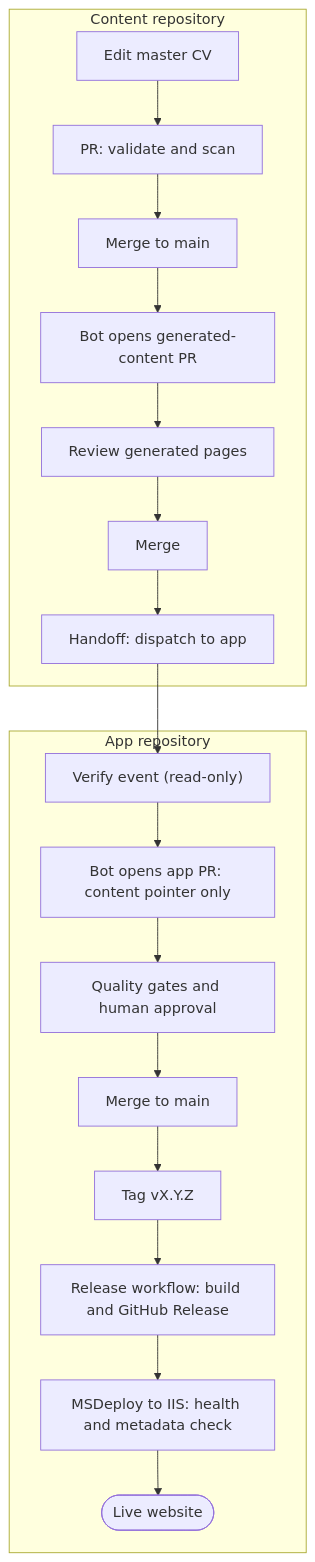
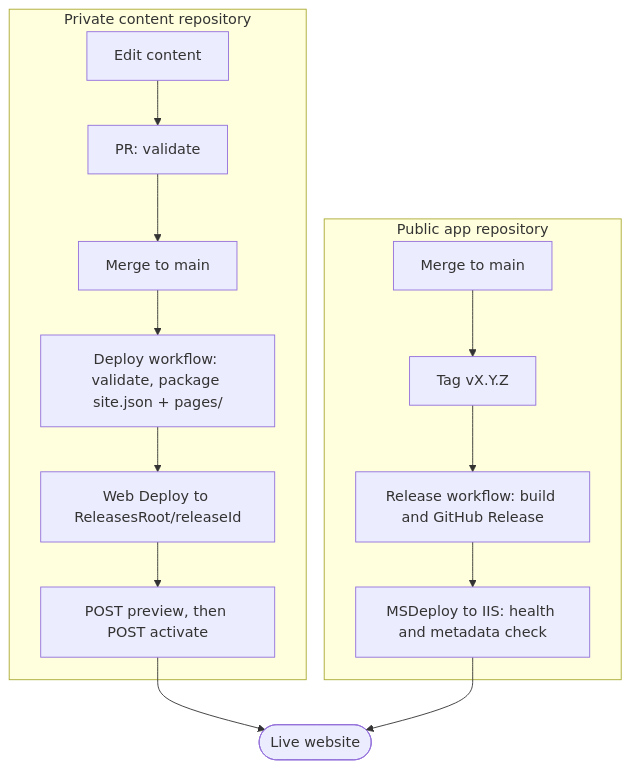
Before and after one commit to fredrik-hellmangroup/cv-online-presenter: the diagram in README.md, drawn with Mermaid. The commit also changed other lines of this file and 41 other files, not shown here.

First line of the commit message:
Replace content submodule with public template and persisted content releases

````diff
--- a/README.md
+++ b/README.md
@@ -37,21 +35,17 @@
 ```mermaid
 flowchart TD
-    subgraph CONTENT["Content repository"]
-        C1["Edit master CV"] --> C2["PR: validate and scan"]
+    subgraph CONTENT["Private content repository"]
+        C1["Edit content"] --> C2["PR: validate"]
         C2 --> C3["Merge to main"]
-        C3 --> C4["Bot opens generated-content PR"]
-        C4 --> C5["Review generated pages"]
-        C5 --> C6["Merge"]
-        C6 --> C7["Handoff: dispatch to app"]
+        C3 --> C4["Deploy workflow: validate, package site.json + pages/"]
+        C4 --> C5["Web Deploy to ReleasesRoot/releaseId"]
+        C5 --> C6["POST preview, then POST activate"]
     end
-    subgraph APP["App repository"]
-        A1["Verify event (read-only)"] --> A2["Bot opens app PR: content pointer only"]
-        A2 --> A3["Quality gates and human approval"]
-        A3 --> A4["Merge to main"]
-        A4 --> A5["Tag vX.Y.Z"]
-        A5 --> A6["Release workflow: build and GitHub Release"]
-        A6 --> A7["MSDeploy to IIS: health and metadata check"]
-        A7 --> A8(["Live website"])
+    subgraph APP["Public app repository"]
+        A1["Merge to main"] --> A2["Tag vX.Y.Z"]
+        A2 --> A3["Release workflow: build and GitHub Release"]
+        A3 --> A4["MSDeploy to IIS: health and metadata check"]
     end
-    C7 --> A1
+    C6 --> LIVE(["Live website"])
+    A4 --> LIVE
 ```
````
